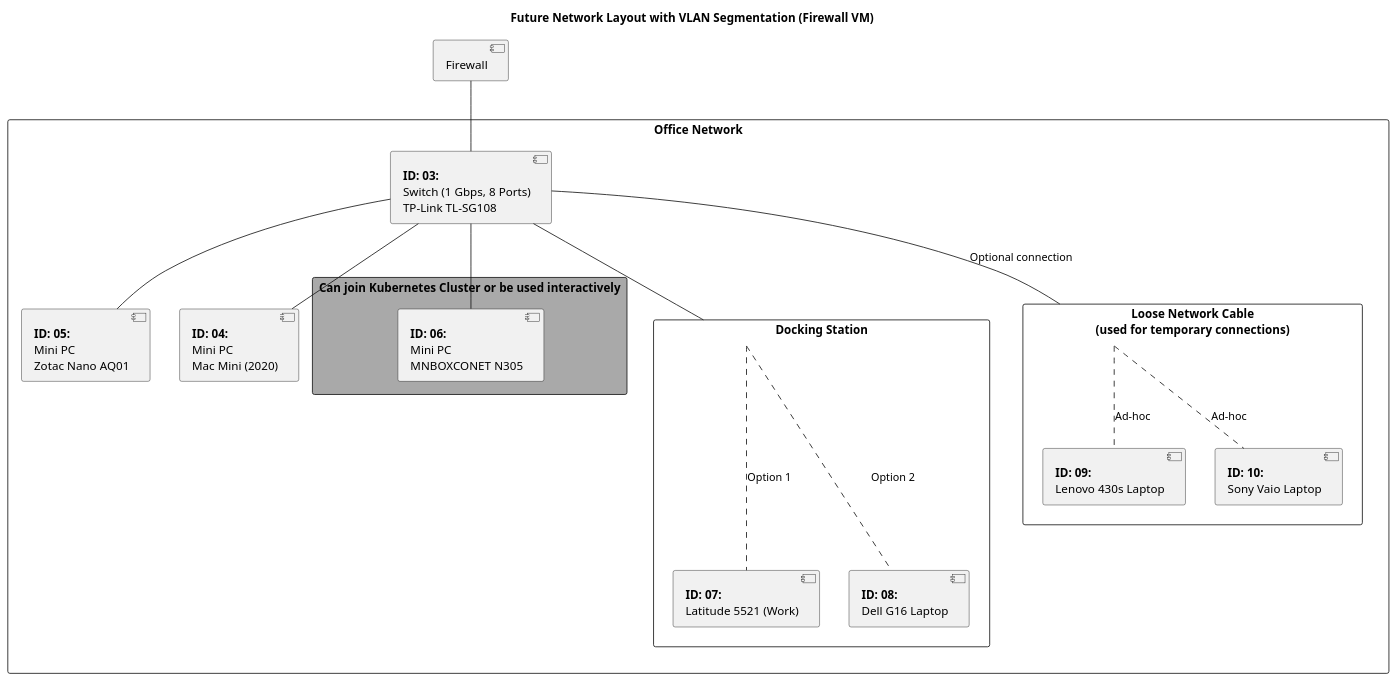
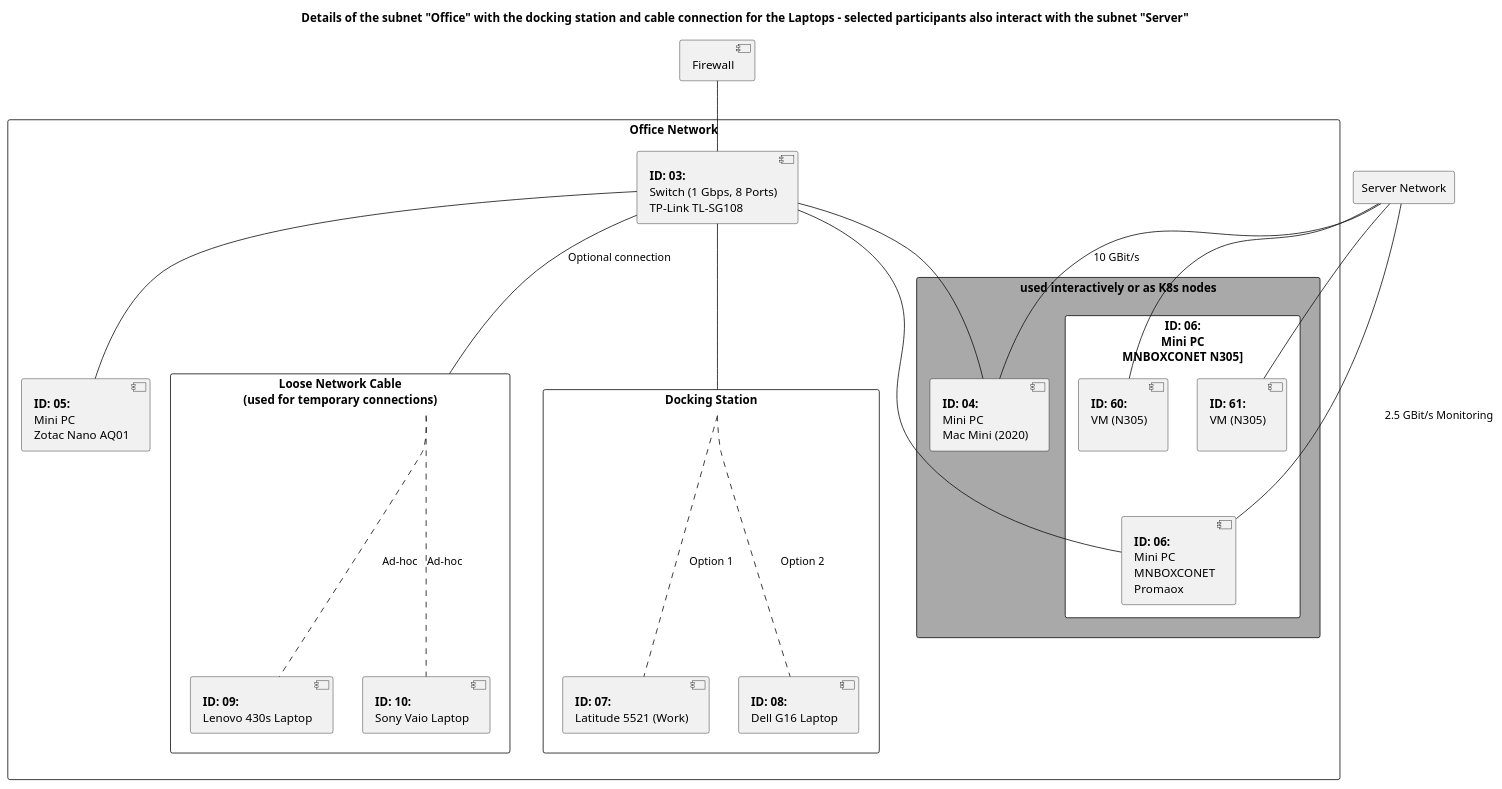
Before and after one commit to StefanSchade/setup-linux: the diagram in home/update/details-office.puml, drawn with PlantUML. The commit also changed 8 other files, not shown here.

```diff
--- a/home/update/details-office.puml
+++ b/home/update/details-office.puml
@@ -1,40 +1,60 @@
 @startuml
-title Future Network Layout with VLAN Segmentation (Firewall VM)
+title Details of the subnet "Office" with the docking station and cable connection for the Laptops - selected participants also interact with the subnet "Server"
 
 [Firewall]
 
-rectangle "Office Network" as Office {
+rectangle "Server Network" as SERVER_NETWORK {
+
+	
+}
+
+rectangle "Office Network" as OFFICE_NETWORK {
     [**ID: 03:**\nSwitch (1 Gbps, 8 Ports)\nTP-Link TL-SG108] as SWITCH_OFFICE 
-    [**ID: 05:**\nMini PC\nZotac Nano AQ01] as PC_Zotac
-    [**ID: 04:**\nMini PC\nMac Mini (2020)] as PC_Mac
+    [**ID: 05:**\nMini PC\nZotac Nano AQ01] as ZOTAC_AQ1
 
-    rectangle "Can join Kubernetes Cluster or be used interactively" as K8s2 #Darkgrey {
-        [**ID: 06:**\nMini PC\nMNBOXCONET N305] as PC_MNBOX
+    rectangle "used interactively or as K8s nodes" as KUBERNETES #Darkgrey {
+        [**ID: 04:**\nMini PC\nMac Mini (2020)] as MAC_MINI
+ 	rectangle "**ID: 06:**\nMini PC\nMNBOXCONET N305]" as MNBOXCONET_ALL #White  {
+        	[**ID: 06:**\nMini PC\nMNBOXCONET\nPromaox] as MNBOXCONET_HOST
+	        [**ID: 60:**\nVM (N305)\n] as MNBOXCONET_VM1
+	        [**ID: 61:**\nVM (N305)\n] as MNBOXCONET_VM2
+		
+	}
     }
 
-    rectangle "Docking Station" as Dock {
-        [**ID: 07:**\nLatitude 5521 (Work)] as Dock_Latitude
-        [**ID: 08:**\nDell G16 Laptop] as Dock_G16
+    rectangle "Loose Network Cable\n(used for temporary connections)" as LOOSE_NETWORK_CABLE {
+        [**ID: 09:**\nLenovo 430s Laptop] as LENOVO
+        [**ID: 10:**\nSony Vaio Laptop] as SONY_VAIO
     }
 
-    rectangle "Loose Network Cable\n(used for temporary connections)" as LooseCable {
-        [**ID: 09:**\nLenovo 430s Laptop] as Cable_Lenovo
-        [**ID: 10:**\nSony Vaio Laptop] as Cable_Sony
+    rectangle "Docking Station" as DOCKING_STATION {
+        [**ID: 07:**\nLatitude 5521 (Work)] as DELL_LATITUDE
+        [**ID: 08:**\nDell G16 Laptop] as DELL_G16
     }
 }
 
+MNBOXCONET_VM1 -down- SERVER_NETWORK
+MNBOXCONET_VM2 -down- SERVER_NETWORK
+
+MNBOXCONET_VM1 -[hidden]- MNBOXCONET_HOST : 10 GBit/s
+MNBOXCONET_VM2 -[hidden]- MNBOXCONET_HOST : 10 GBit/s
+
+SERVER_NETWORK --- MNBOXCONET_HOST : 2.5 GBit/s Monitoring
+SERVER_NETWORK --- MAC_MINI : 10 GBit/s
+
 Firewall -- SWITCH_OFFICE
 
-SWITCH_OFFICE -- PC_Mac
-SWITCH_OFFICE -- PC_Zotac
-SWITCH_OFFICE -- PC_MNBOX
-SWITCH_OFFICE -- Dock
-SWITCH_OFFICE -- LooseCable : Optional connection
+SWITCH_OFFICE -- MAC_MINI
+SWITCH_OFFICE -- ZOTAC_AQ1
+SWITCH_OFFICE -- MNBOXCONET_HOST
+SWITCH_OFFICE -- DOCKING_STATION
+SWITCH_OFFICE -- LOOSE_NETWORK_CABLE : Optional connection
+' SWITCH_OFFICE -- MNBOXCONET_ALL
 
-LooseCable .- Cable_Lenovo : Ad-hoc
-LooseCable .- Cable_Sony : Ad-hoc
+LOOSE_NETWORK_CABLE -.- LENOVO : Ad-hoc
+LOOSE_NETWORK_CABLE -.- SONY_VAIO : Ad-hoc
 
-Dock -.- Dock_Latitude : Option 1
-Dock -.- Dock_G16 : Option 2
+DOCKING_STATION -.- DELL_LATITUDE : Option 1
+DOCKING_STATION -.- DELL_G16 : Option 2
 
 @enduml
```
